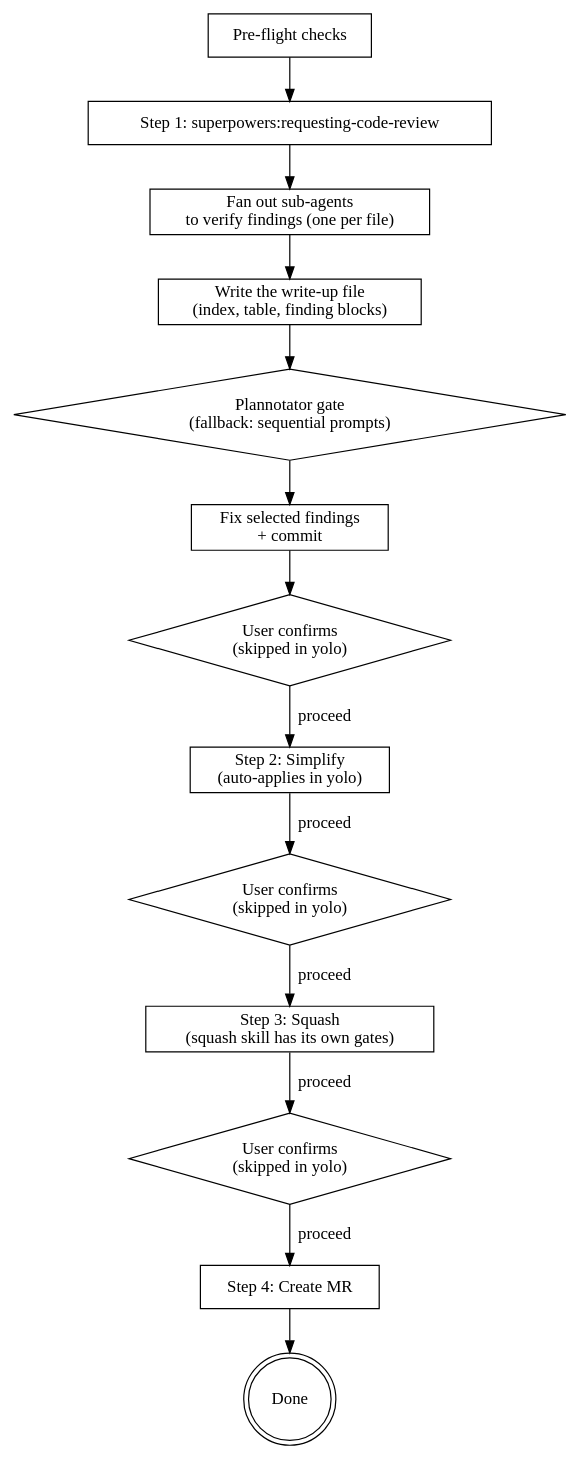
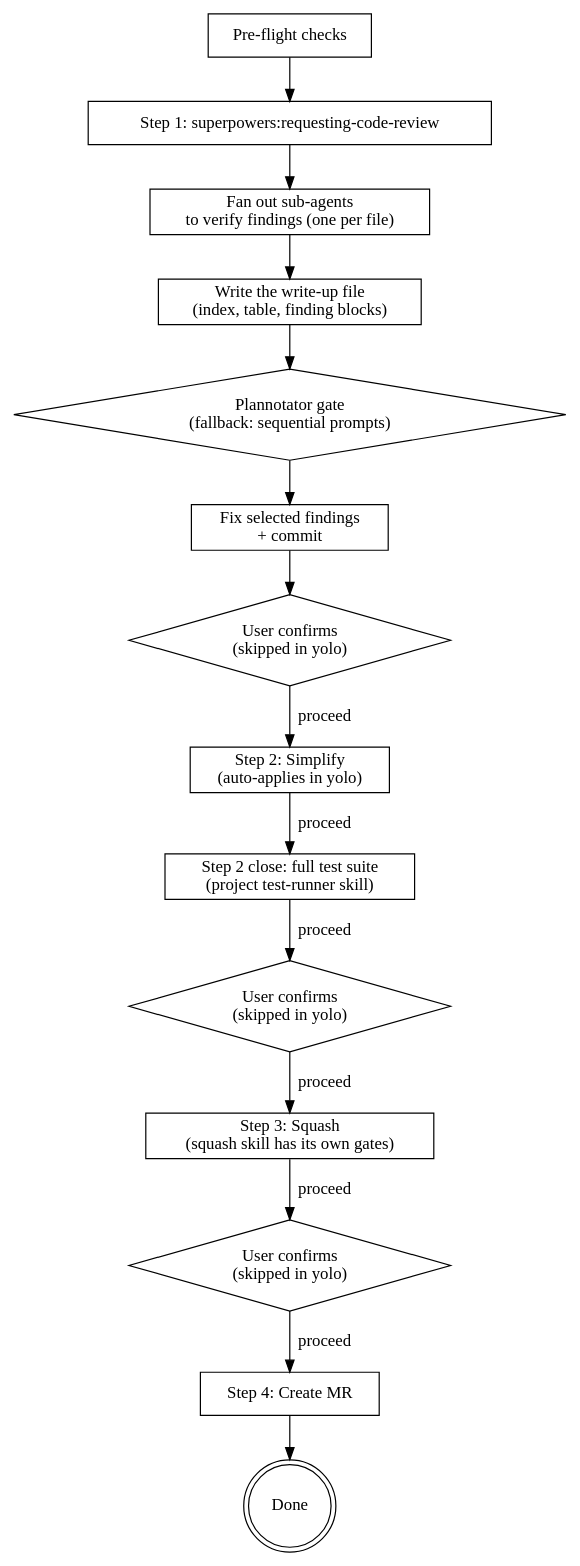
One commit to Minkey27/ai-skills changed the diagram in skills/finalize-branch/SKILL.md. Above: the diagram before and after it, drawn with Graphviz. The commit also changed other lines of this file and 1 other file, not shown here.

````diff
--- a/skills/finalize-branch/SKILL.md
+++ b/skills/finalize-branch/SKILL.md
@@ -65,26 +65,27 @@
 ```dot
 digraph finalize {
     rankdir=TB;
     node [shape=box];
 
     preflight [label="Pre-flight checks"];
     review [label="Step 1: superpowers:requesting-code-review"];
     verify [label="Fan out sub-agents\nto verify findings (one per file)"];
     present [label="Write the write-up file\n(index, table, finding blocks)"];
     curate [label="Plannotator gate\n(fallback: sequential prompts)" shape=diamond];
     fix [label="Fix selected findings\n+ commit"];
     gate1 [label="User confirms\n(skipped in yolo)" shape=diamond];
     simplify [label="Step 2: Simplify\n(auto-applies in yolo)"];
+    suite [label="Step 2 close: full test suite\n(project test-runner skill)"];
     gate2 [label="User confirms\n(skipped in yolo)" shape=diamond];
     squash [label="Step 3: Squash\n(squash skill has its own gates)"];
     gate3 [label="User confirms\n(skipped in yolo)" shape=diamond];
     mr [label="Step 4: Create MR"];
     done [label="Done" shape=doublecircle];
 
     preflight -> review -> verify -> present -> curate -> fix -> gate1;
     gate1 -> simplify [label="proceed"];
-    simplify -> gate2 -> squash [label="proceed"];
+    simplify -> suite -> gate2 -> squash [label="proceed"];
     squash -> gate3 -> mr [label="proceed"];
     mr -> done;
 }
 ```
````
